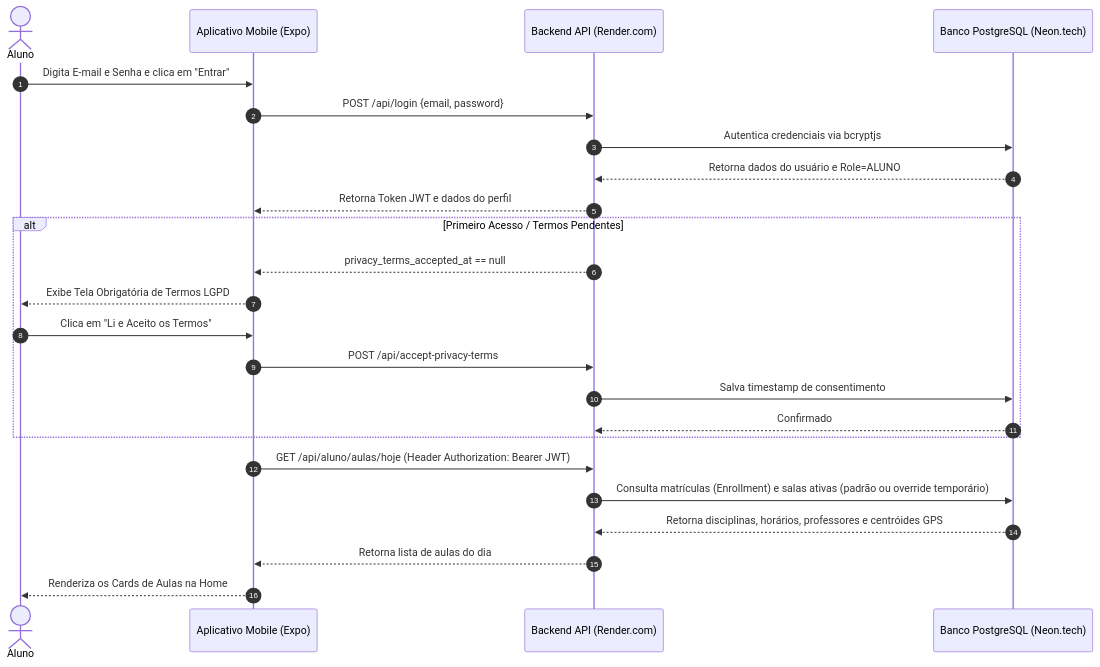
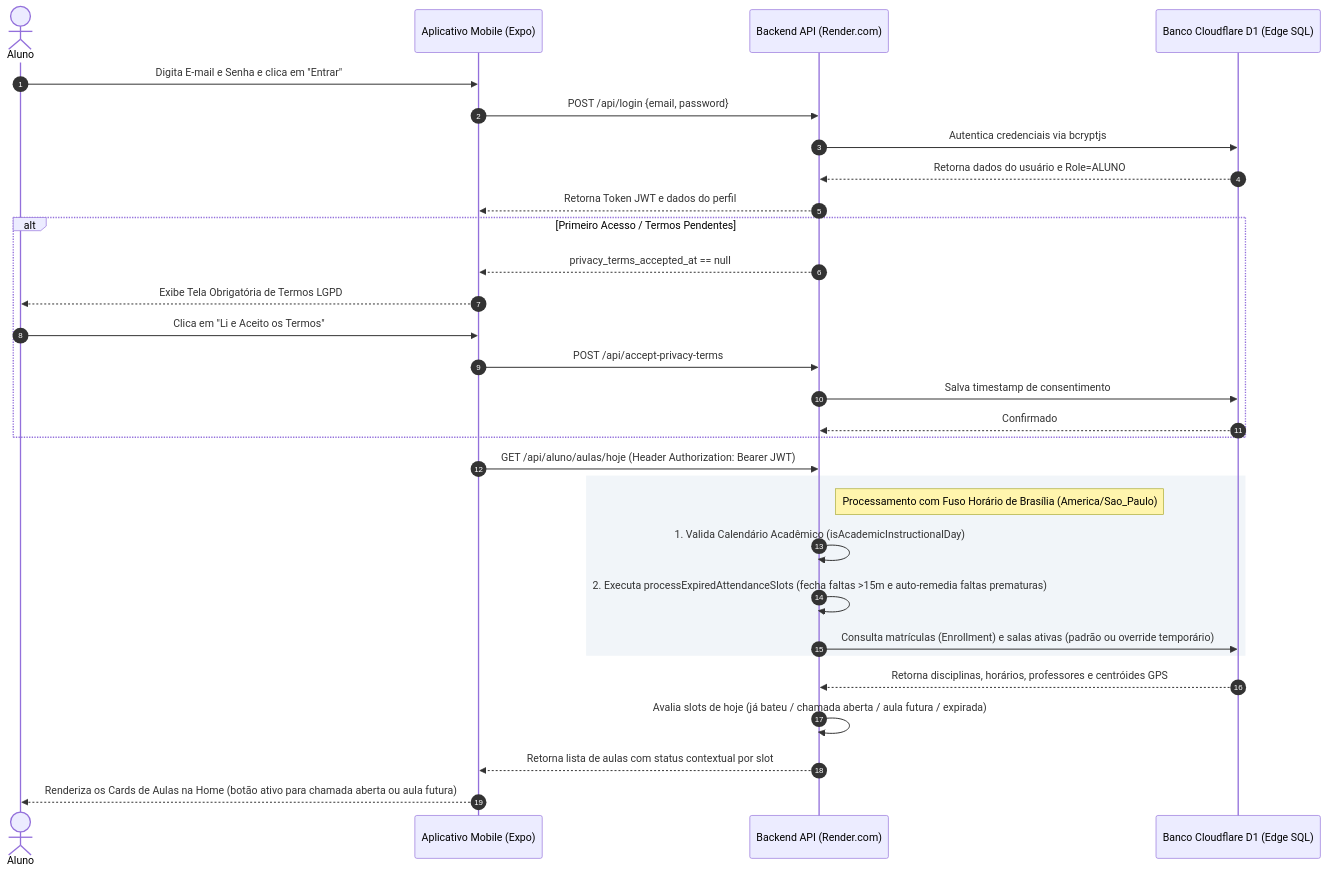
The first of 24 diagrams in documentacao/diagramas/fluxos.md (caneschi-lais/geoclass), drawn with Mermaid before and after one commit. The commit also changed other lines of this file and 4 other files, not shown here.

Commit message:
docs: add detailed system documentation including use cases, database ERD, flows, and architecture

````diff
--- a/documentacao/diagramas/fluxos.md
+++ b/documentacao/diagramas/fluxos.md
@@ -16,29 +16,35 @@
 ```mermaid
 sequenceDiagram
     autonumber
     actor Aluno
     participant App as Aplicativo Mobile (Expo)
     participant API as Backend API (Render.com)
-    participant DB as Banco PostgreSQL (Neon.tech)
+    participant DB as Banco Cloudflare D1 (Edge SQL)
 
     Aluno->>App: Digita E-mail e Senha e clica em "Entrar"
     App->>API: POST /api/login {email, password}
     API->>DB: Autentica credenciais via bcryptjs
     DB-->>API: Retorna dados do usuário e Role=ALUNO
     API-->>App: Retorna Token JWT e dados do perfil
 
     alt Primeiro Acesso / Termos Pendentes
         API-->>App: privacy_terms_accepted_at == null
         App-->>Aluno: Exibe Tela Obrigatória de Termos LGPD
         Aluno->>App: Clica em "Li e Aceito os Termos"
         App->>API: POST /api/accept-privacy-terms
         API->>DB: Salva timestamp de consentimento
         DB-->>API: Confirmado
     end
 
     App->>API: GET /api/aluno/aulas/hoje (Header Authorization: Bearer JWT)
-    API->>DB: Consulta matrículas (Enrollment) e salas ativas (padrão ou override temporário)
+    rect rgb(241, 245, 249)
+        note right of API: Processamento com Fuso Horário de Brasília (America/Sao_Paulo)
+        API->>API: 1. Valida Calendário Acadêmico (isAcademicInstructionalDay)
+        API->>API: 2. Executa processExpiredAttendanceSlots (fecha faltas >15m e auto-remedia faltas prematuras)
+        API->>DB: Consulta matrículas (Enrollment) e salas ativas (padrão ou override temporário)
+    end
     DB-->>API: Retorna disciplinas, horários, professores e centróides GPS
-    API-->>App: Retorna lista de aulas do dia
-    App-->>Aluno: Renderiza os Cards de Aulas na Home
+    API->>API: Avalia slots de hoje (já bateu / chamada aberta / aula futura / expirada)
+    API-->>App: Retorna lista de aulas com status contextual por slot
+    App-->>Aluno: Renderiza os Cards de Aulas na Home (botão ativo para chamada aberta ou aula futura)
 ```
````
